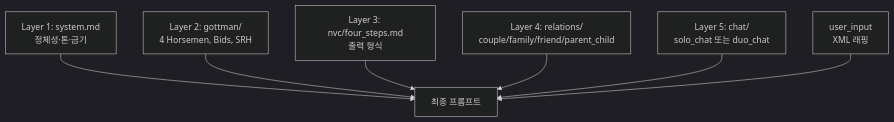
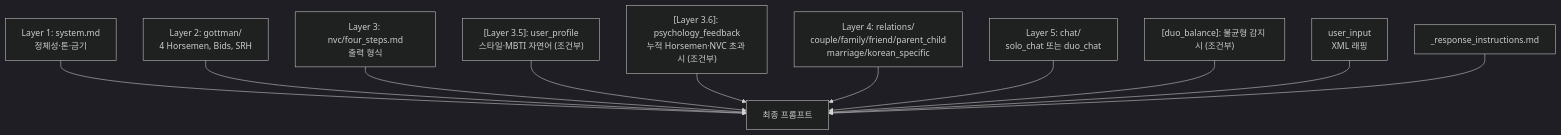
The diagram in shared/docs/prompts/README.md (Justant-source/Again-Spring), drawn with Mermaid (dark theme) before and after one commit. The commit also changed other lines of this file and 74 other files, not shown here.

````diff
--- a/shared/docs/prompts/README.md
+++ b/shared/docs/prompts/README.md
@@ -68,17 +72,25 @@
 ```mermaid
 flowchart TB
     Final[최종 프롬프트]
     L1[Layer 1: system.md<br/>정체성·톤·금기]
     L2[Layer 2: gottman/<br/>4 Horsemen, Bids, SRH]
     L3[Layer 3: nvc/four_steps.md<br/>출력 형식]
-    L4[Layer 4: relations/<br/>couple/family/friend/parent_child]
+    L35a["[Layer 3.5]: user_profile<br/>스타일·MBTI 자연어 (조건부)"]
+    L35b["[Layer 3.6]: psychology_feedback<br/>누적 Horsemen·NVC 초과 시 (조건부)"]
+    L4[Layer 4: relations/<br/>couple/family/friend/parent_child<br/>marriage/korean_specific]
     L5[Layer 5: chat/<br/>solo_chat 또는 duo_chat]
     User[user_input<br/>XML 래핑]
+    L5b["[duo_balance]: 불균형 감지 시 (조건부)"]
+    Fmt[_response_instructions.md]
 
     L1 --> Final
     L2 --> Final
     L3 --> Final
+    L35a --> Final
+    L35b --> Final
     L4 --> Final
     L5 --> Final
+    L5b --> Final
     User --> Final
+    Fmt --> Final
 ```
````
